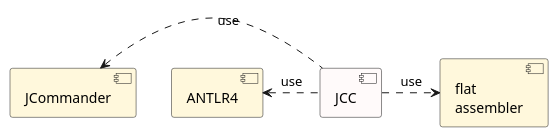
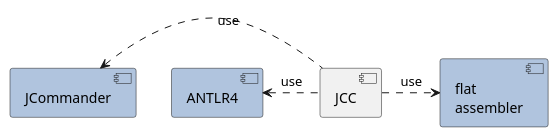
Before and after one commit to dykstrom/jcc: the diagram in docs/diagrams/Components.puml, drawn with PlantUML. The commit also changed 5 other files, not shown here.

```diff
--- a/docs/diagrams/Components.puml
+++ b/docs/diagrams/Components.puml
@@ -1,12 +1,12 @@
 @startuml
 
-[ANTLR4] as antlr4 #cornsilk
-[flat\nassembler] as flat #cornsilk
-[JCC] as jcc #snow
-[JCommander] as jcommander #cornsilk
+[ANTLR4] as antlr4 #LightSteelBlue
+[flat\nassembler] as flat #LightSteelBlue
+[JCC] as jcc
+[JCommander] as jcommander #LightSteelBlue
 
 jcommander <. jcc : use
 antlr4 <. jcc : use
 jcc .> flat : use
 
 @enduml
```
